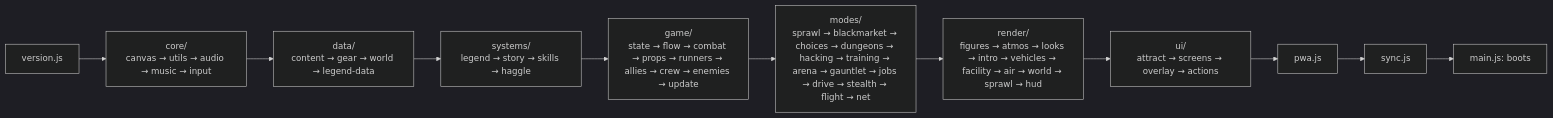
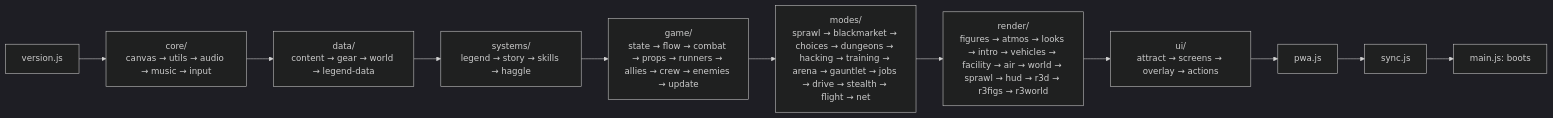
The first of 4 diagrams in docs/wiki/Architecture.md (CptNope/Cyber-City-Tactics), drawn with Mermaid (dark theme) before and after one commit. The commit also changed other lines of this file and 25 other files, not shown here.

````diff
--- a/docs/wiki/Architecture.md
+++ b/docs/wiki/Architecture.md
@@ -26,11 +26,11 @@
 ```mermaid
 flowchart LR
   V[version.js] --> CORE["core/<br/>canvas → utils → audio → music → input"]
   CORE --> DATA["data/<br/>content → gear → world → legend-data"]
   DATA --> SYS["systems/<br/>legend → story → skills → haggle"]
   SYS --> GAME["game/<br/>state → flow → combat → props → runners → allies → crew → enemies → update"]
   GAME --> MODES["modes/<br/>sprawl → blackmarket → choices → dungeons → hacking → training → arena → gauntlet → jobs → drive → stealth → flight → net"]
-  MODES --> REND["render/<br/>figures → atmos → looks → intro → vehicles → facility → air → world → sprawl → hud"]
+  MODES --> REND["render/<br/>figures → atmos → looks → intro → vehicles → facility → air → world → sprawl → hud → r3d → r3figs → r3world"]
   REND --> UI["ui/<br/>attract → screens → overlay → actions"]
   UI --> PWA[pwa.js] --> SYNC[sync.js] --> MAIN[main.js: boots]
 ```
````
